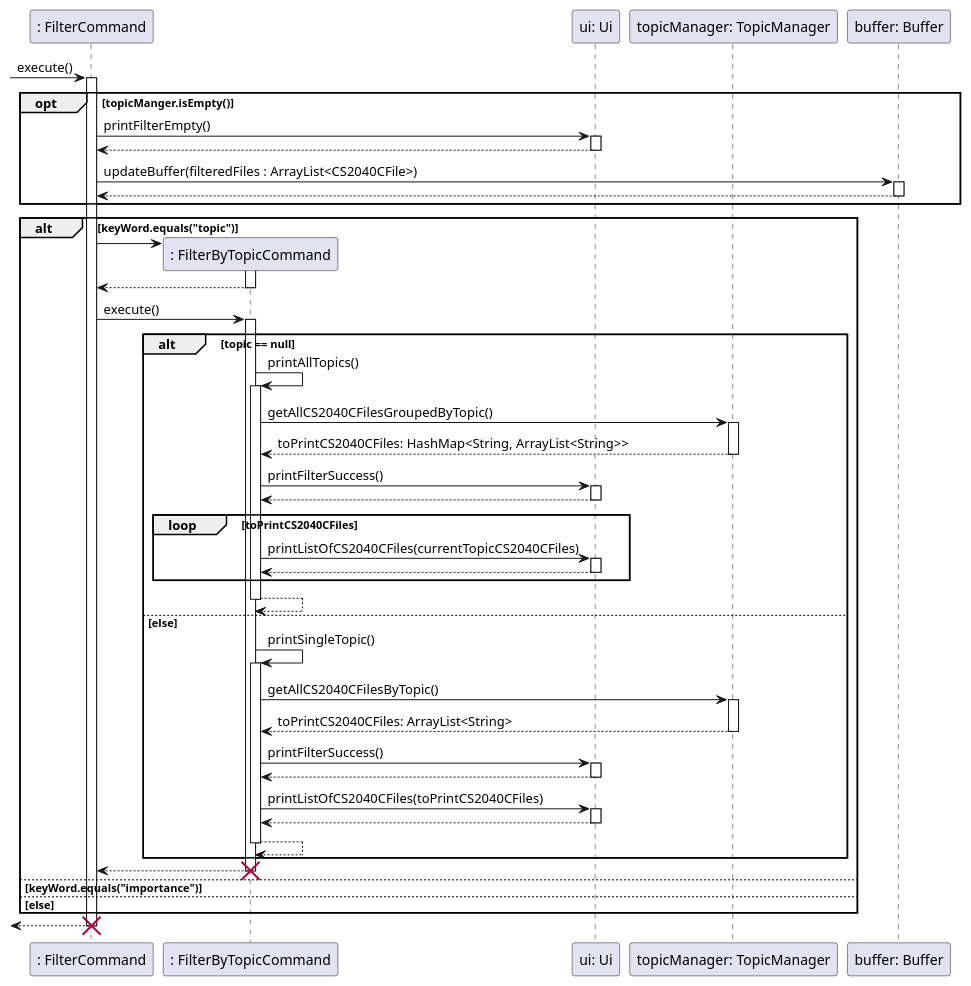
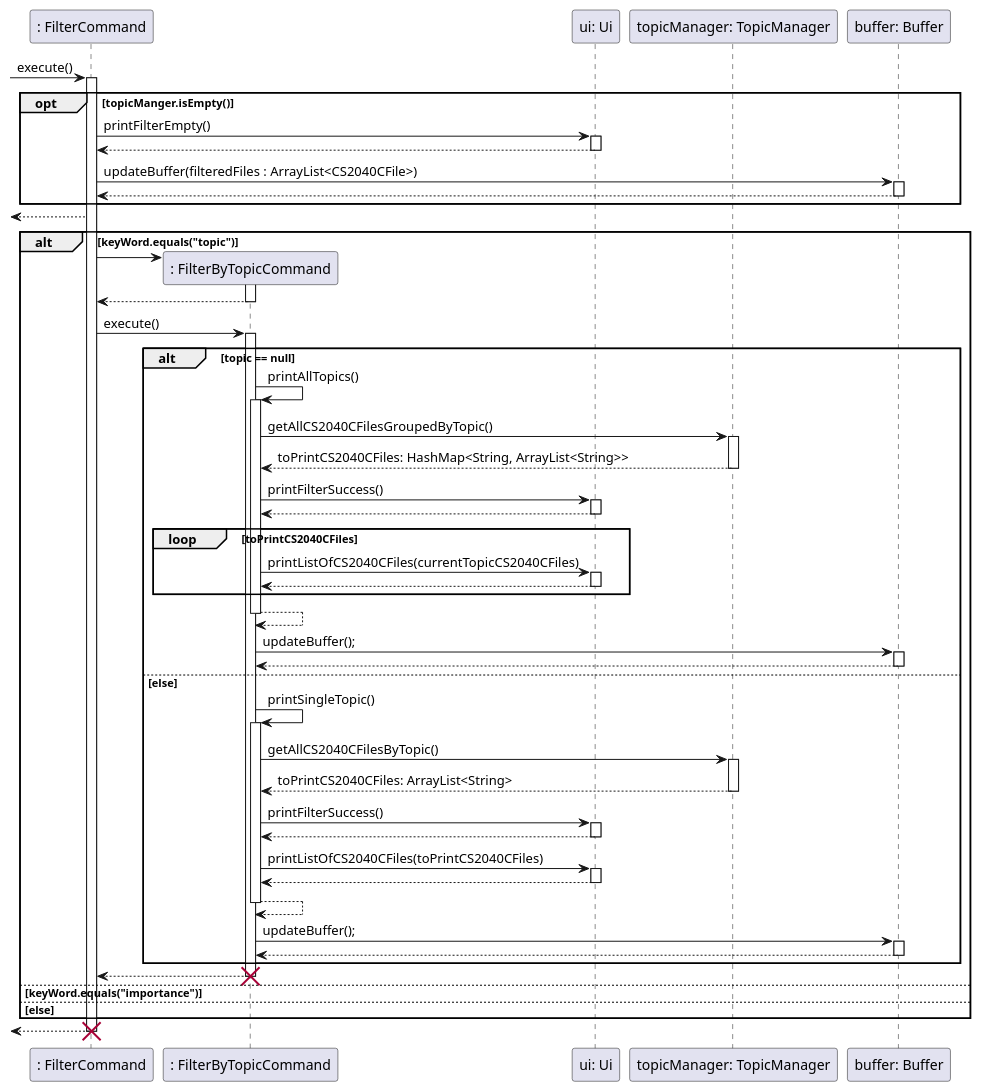
The diagram in docs/sequence-diagrams/source-files/FilterByTopic.puml (ong-ck/tp), drawn with PlantUML before and after one commit. The commit also changed 10 other files, not shown here.

Commit message:
Edit sequence diagram to be clearer

```diff
--- a/docs/sequence-diagrams/source-files/FilterByTopic.puml
+++ b/docs/sequence-diagrams/source-files/FilterByTopic.puml
@@ -1,65 +1,74 @@
 @startuml
 participant ": FilterCommand" as FilterCommand
 participant ": FilterByTopicCommand" as FilterByTopicCommand
 participant "ui: Ui" as Ui
 participant "topicManager: TopicManager" as TopicManager
 participant "buffer: Buffer" as Buffer
 
 -> FilterCommand : execute()
 activate FilterCommand
     opt topicManger.isEmpty()
         FilterCommand -> Ui : printFilterEmpty()
         activate Ui
         return
         FilterCommand -> Buffer : updateBuffer(filteredFiles : ArrayList<CS2040CFile>)
         activate Buffer
         return
     end
+    <-- FilterCommand
     alt keyWord.equals("topic")
         FilterCommand -> FilterByTopicCommand **
         activate FilterByTopicCommand
         return
 
         FilterCommand -> FilterByTopicCommand : execute()
         activate FilterByTopicCommand
             alt topic == null
                 FilterByTopicCommand -> FilterByTopicCommand : printAllTopics()
                 activate FilterByTopicCommand
                     FilterByTopicCommand -> TopicManager : getAllCS2040CFilesGroupedByTopic()
                     activate TopicManager
                     return toPrintCS2040CFiles: HashMap<String, ArrayList<String>>
 
                     FilterByTopicCommand -> Ui : printFilterSuccess()
                     activate Ui
                     return
 
                     loop toPrintCS2040CFiles
                         FilterByTopicCommand -> Ui : printListOfCS2040CFiles(currentTopicCS2040CFiles)
                         activate Ui
                         return
                     end
                 return
+
+                FilterByTopicCommand -> Buffer: updateBuffer();
+                activate Buffer
+                return
             else else
                 FilterByTopicCommand -> FilterByTopicCommand : printSingleTopic()
                 activate FilterByTopicCommand
                     FilterByTopicCommand -> TopicManager : getAllCS2040CFilesByTopic()
                     activate TopicManager
                     return toPrintCS2040CFiles: ArrayList<String>
 
                     FilterByTopicCommand -> Ui : printFilterSuccess()
                     activate Ui
                     return
 
                     FilterByTopicCommand -> Ui : printListOfCS2040CFiles(toPrintCS2040CFiles)
                     activate Ui
                     return
                 return
+
+                FilterByTopicCommand -> Buffer: updateBuffer();
+                activate Buffer
+                return
             end
         return
         destroy FilterByTopicCommand
     else keyWord.equals("importance")
     else else
     end
 return
 destroy FilterCommand
 @enduml
```
